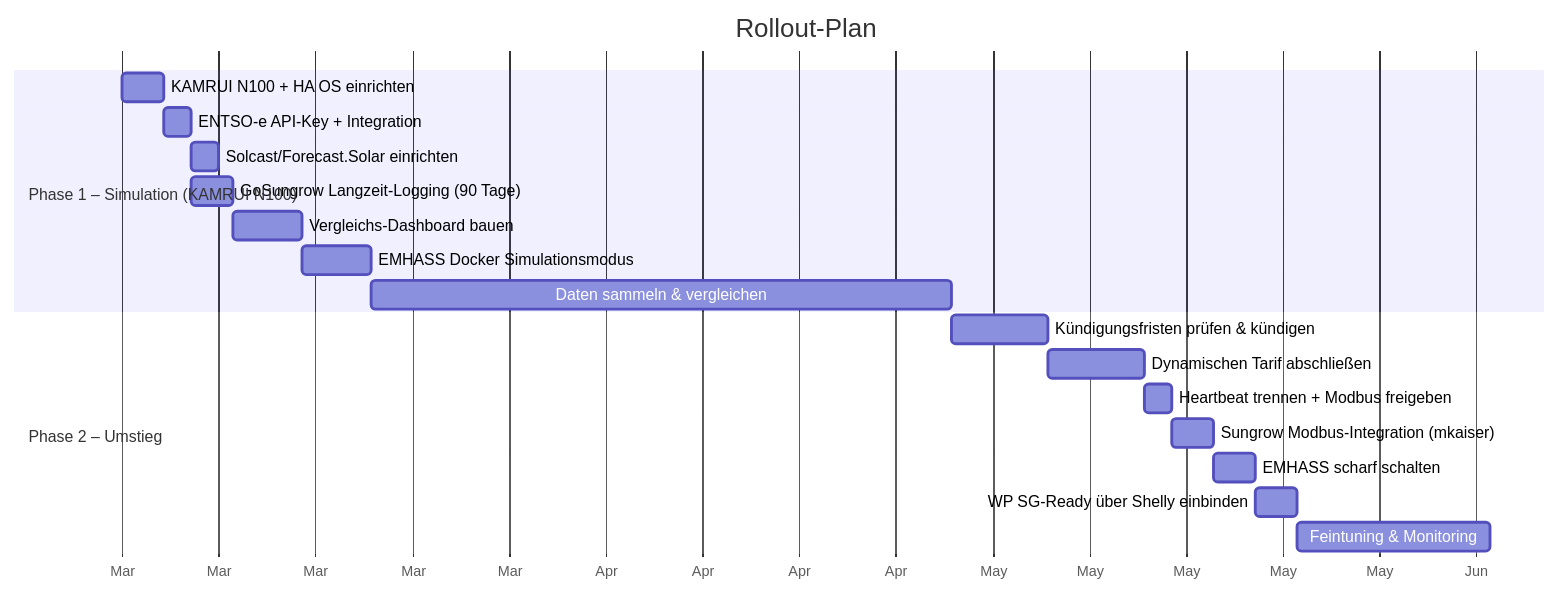
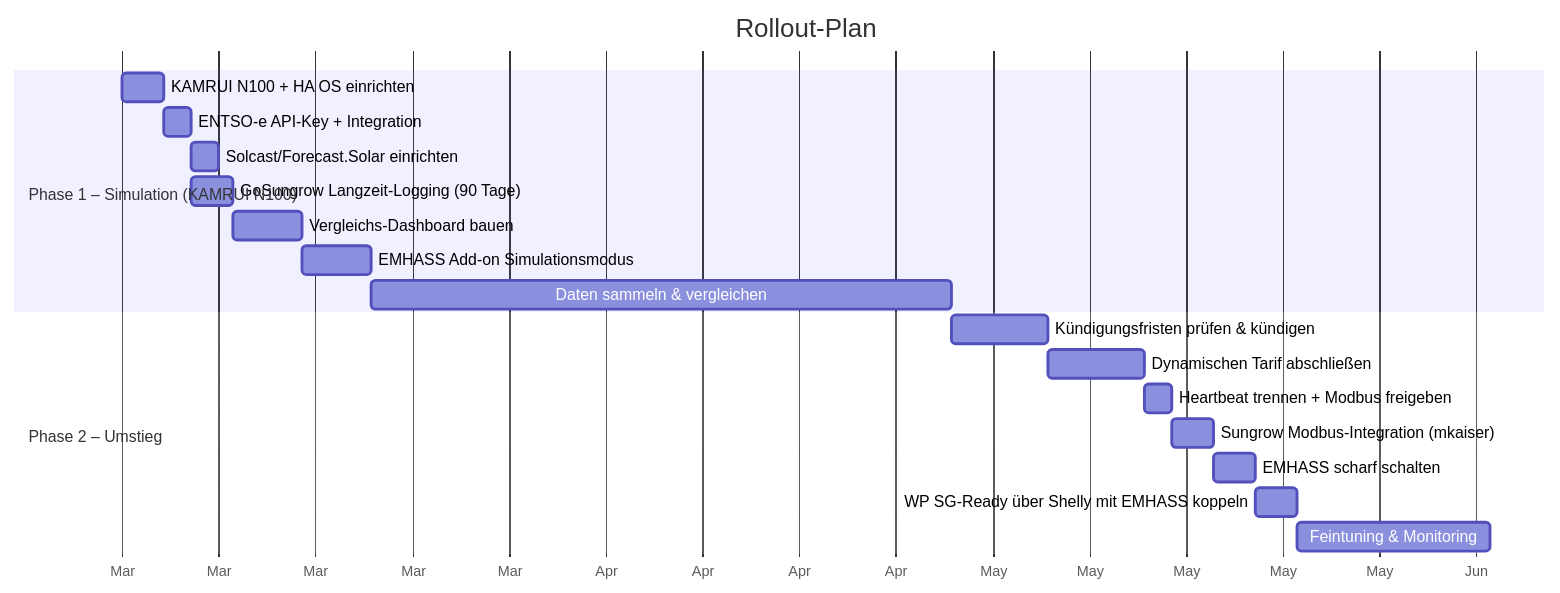
The third of 3 diagrams in docs/architektur.md (schowave/energy-management), drawn with Mermaid before and after one commit. The commit also changed other lines of this file and 3 other files, not shown here.

First line of the commit message:
Fix documentation inconsistencies across architecture docs and ADRs

````diff
--- a/docs/architektur.md
+++ b/docs/architektur.md
@@ -134,24 +134,24 @@
 ```mermaid
 gantt
     title Rollout-Plan
     dateFormat YYYY-MM-DD
     axisFormat %b
 
     section Phase 1 – Simulation (KAMRUI N100)
     KAMRUI N100 + HA OS einrichten          :p1hw, 2026-03-01, 3d
     ENTSO-e API-Key + Integration           :p1a, after p1hw, 2d
     Solcast/Forecast.Solar einrichten       :p1b, after p1a, 2d
     GoSungrow Langzeit-Logging (90 Tage)    :p1c, after p1a, 3d
     Vergleichs-Dashboard bauen              :p1d, after p1c, 5d
-    EMHASS Docker Simulationsmodus           :p1e, after p1d, 5d
+    EMHASS Add-on Simulationsmodus            :p1e, after p1d, 5d
     Daten sammeln & vergleichen             :p1f, after p1e, 42d
 
     section Phase 2 – Umstieg
     Kündigungsfristen prüfen & kündigen     :p2a, after p1f, 7d
     Dynamischen Tarif abschließen           :p2b, after p2a, 7d
     Heartbeat trennen + Modbus freigeben    :p2c, after p2b, 2d
     Sungrow Modbus-Integration (mkaiser)    :p2d, after p2c, 3d
     EMHASS scharf schalten                  :p2e, after p2d, 3d
-    WP SG-Ready über Shelly einbinden       :p2f, after p2e, 3d
+    WP SG-Ready über Shelly mit EMHASS koppeln :p2f, after p2e, 3d
     Feintuning & Monitoring                 :p2g, after p2f, 14d
 ```
````
